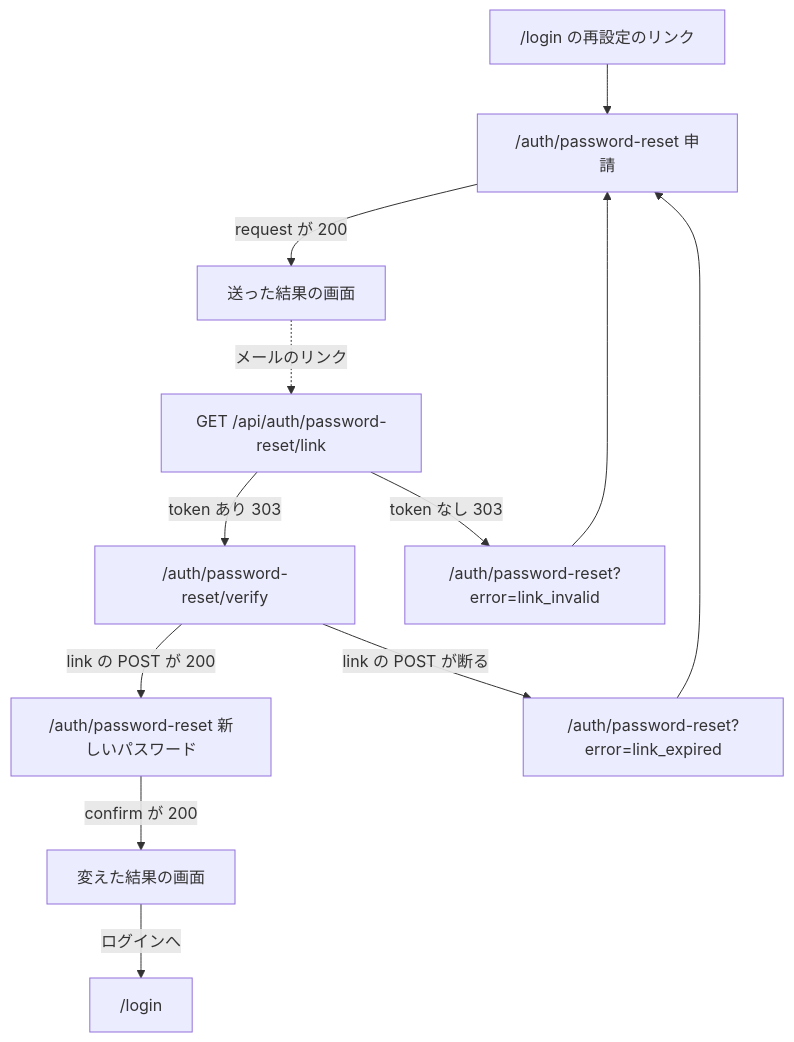
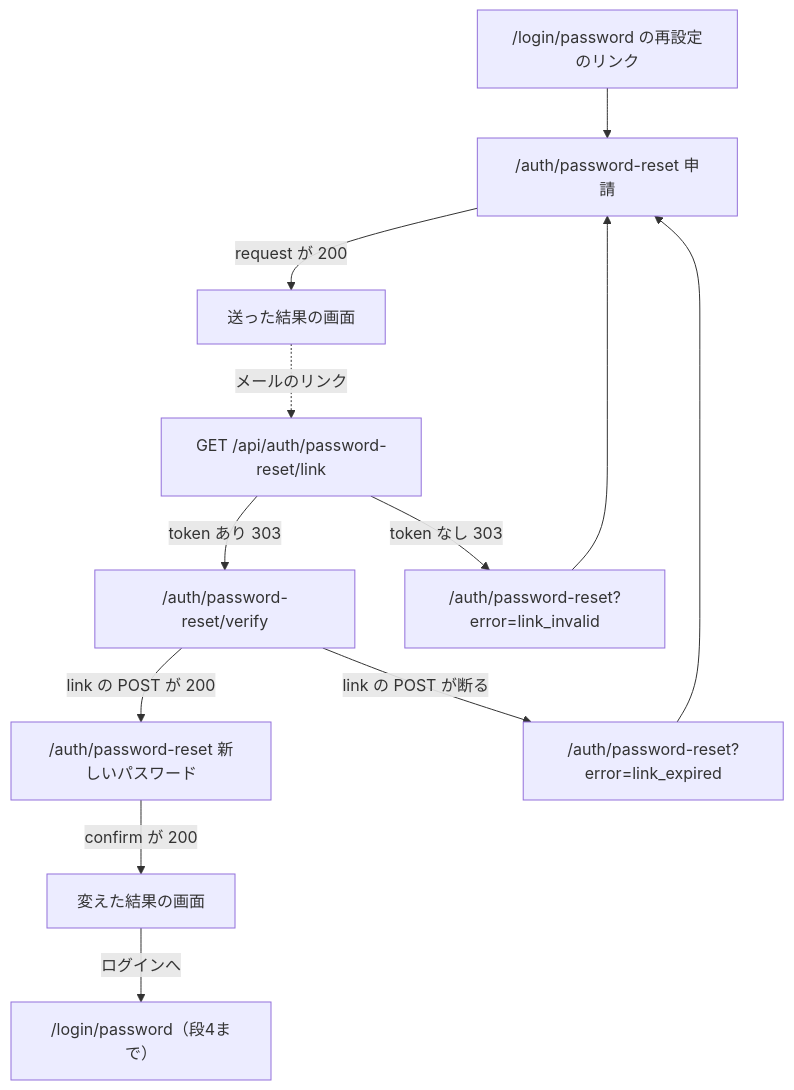
Diagram 11 of 18 in docs/03_BasicDesign/areas/auth.md (ChocoWork/o_official), drawn with Mermaid before and after one commit. The commit also changed other lines of this file and 12 other files, not shown here.

````diff
--- a/docs/03_BasicDesign/areas/auth.md
+++ b/docs/03_BasicDesign/areas/auth.md
@@ -637,14 +637,14 @@
 ```mermaid
 flowchart TD
-  L["/login の再設定のリンク"] --> P1["/auth/password-reset 申請"]
+  L["/login/password の再設定のリンク"] --> P1["/auth/password-reset 申請"]
   P1 -->|request が 200| P2["送った結果の画面"]
   P2 -.->|メールのリンク| G["GET /api/auth/password-reset/link"]
   G -->|token あり 303| V["/auth/password-reset/verify"]
   G -->|token なし 303| E["/auth/password-reset?error=link_invalid"]
   V -->|link の POST が 200| P3["/auth/password-reset 新しいパスワード"]
   V -->|link の POST が断る| X["/auth/password-reset?error=link_expired"]
   P3 -->|confirm が 200| P4["変えた結果の画面"]
-  P4 -->|ログインへ| L2["/login"]
+  P4 -->|ログインへ| L2["/login/password（段4まで）"]
   E --> P1
   X --> P1
 ```
````
